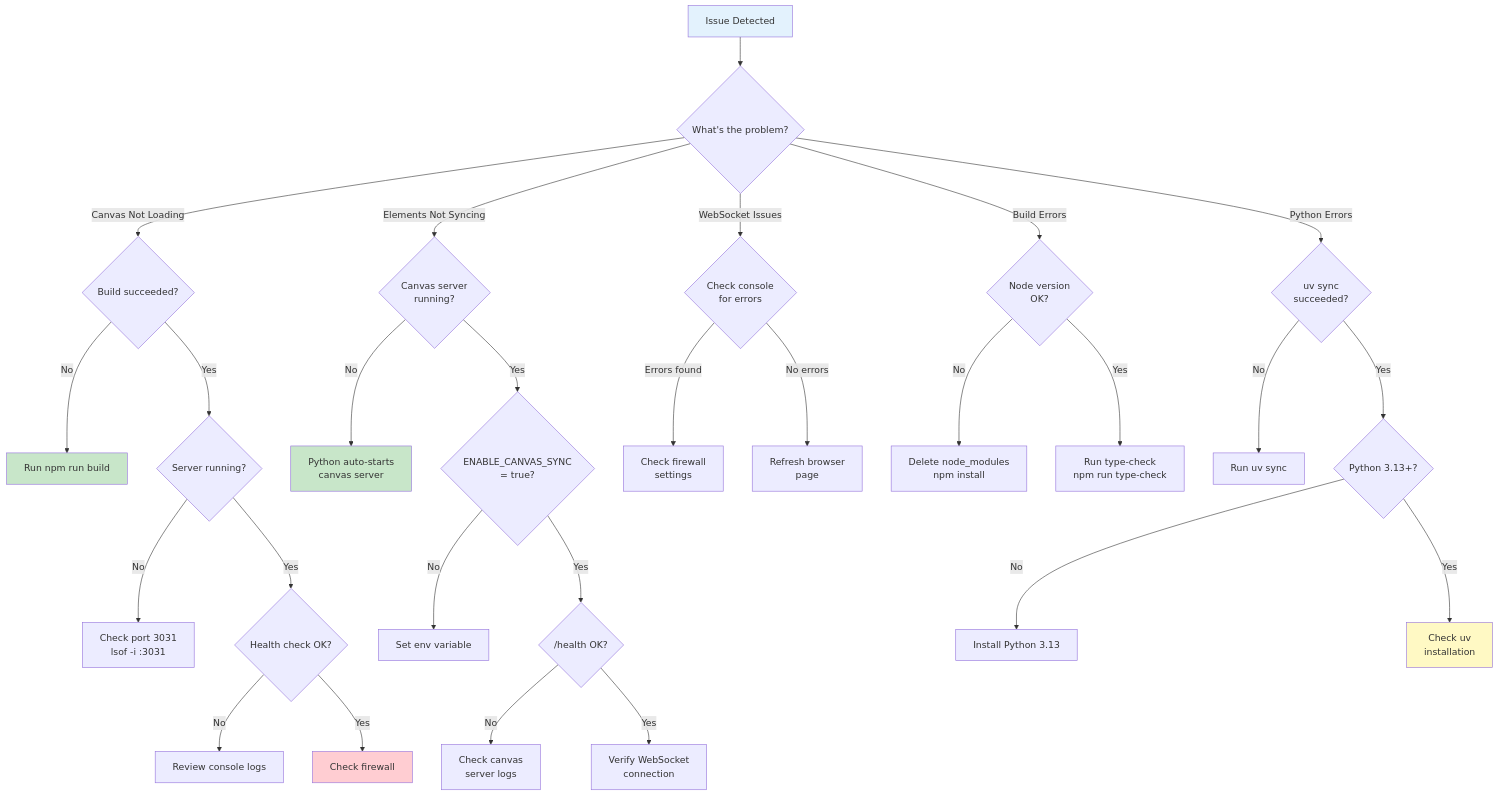
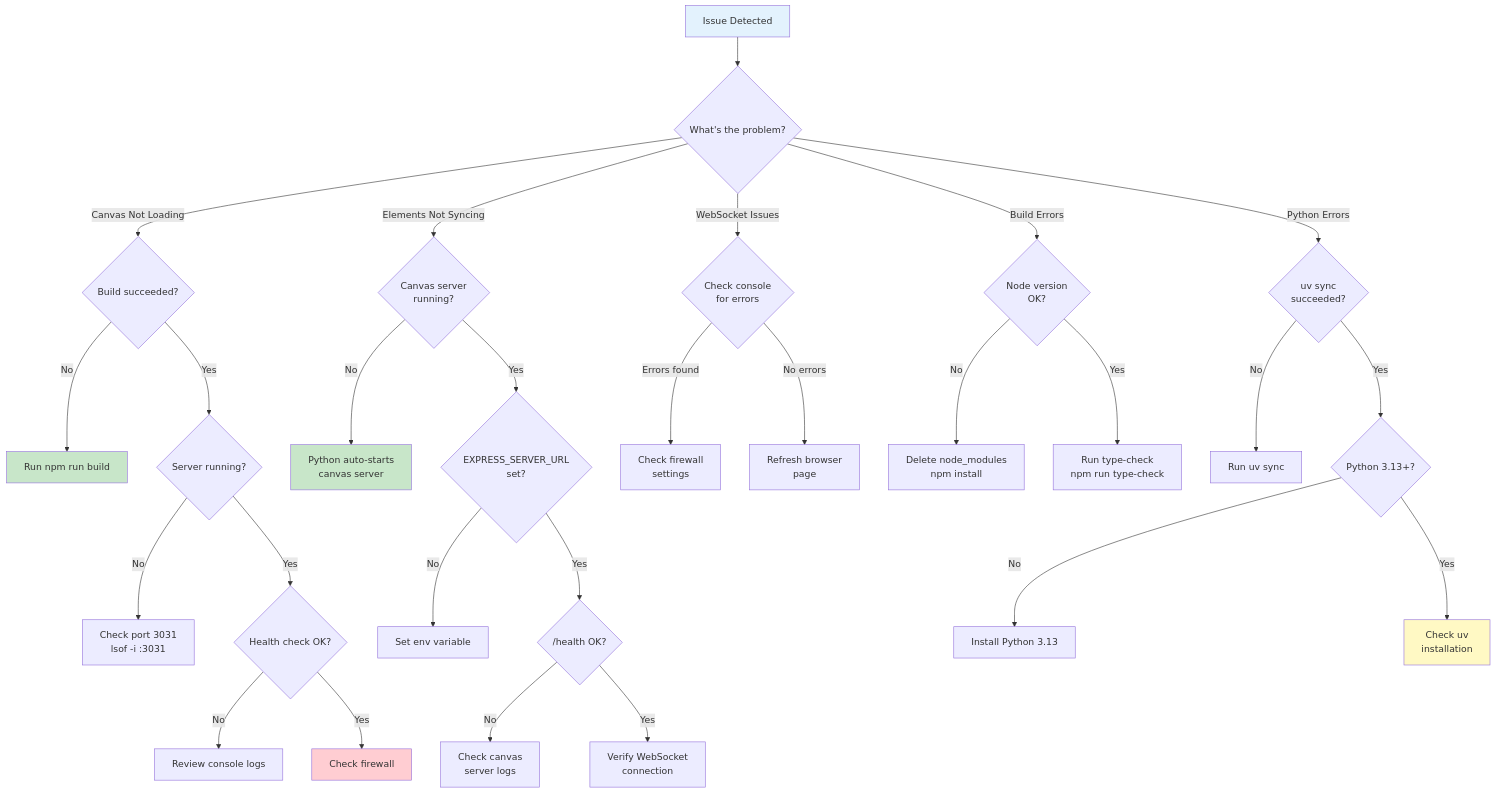
Before and after one commit to lesleslie/excalidraw-mcp: the second of 2 diagrams in README.md, drawn with Mermaid. The commit also changed other lines of this file and 3 other files, not shown here.

````diff
--- a/README.md
+++ b/README.md
@@ -456,46 +496,46 @@
 ```mermaid
 flowchart TD
     Start[Issue Detected] --> IssueType{What's the problem?}
 
     IssueType -->|Canvas Not Loading| CanvasCheck{Build succeeded?}
     IssueType -->|Elements Not Syncing| SyncCheck{Canvas server<br/>running?}
     IssueType -->|WebSocket Issues| WSVerify{Check console<br/>for errors}
     IssueType -->|Build Errors| BuildClean{Node version<br/>OK?}
     IssueType -->|Python Errors| DepCheck{uv sync<br/>succeeded?}
 
     CanvasCheck -->|No| A1[Run npm run build]
     CanvasCheck -->|Yes| A2{Server running?}
 
     A2 -->|No| A3[Check port 3031<br/>lsof -i :3031]
     A2 -->|Yes| A4{Health check OK?}
 
     A4 -->|No| A5[Review console logs]
     A4 -->|Yes| A6[Check firewall]
 
     SyncCheck -->|No| B1[Python auto-starts<br/>canvas server]
-    SyncCheck -->|Yes| B2{ENABLE_CANVAS_SYNC<br/>= true?}
+    SyncCheck -->|Yes| B2{EXPRESS_SERVER_URL<br/>set?}
 
     B2 -->|No| B3[Set env variable]
     B2 -->|Yes| B4{/health OK?}
 
     B4 -->|No| B5[Check canvas<br/>server logs]
     B4 -->|Yes| B6[Verify WebSocket<br/>connection]
 
     WSVerify -->|Errors found| C1[Check firewall<br/>settings]
     WSVerify -->|No errors| C2[Refresh browser<br/>page]
 
     BuildClean -->|No| D1[Delete node_modules<br/>npm install]
     BuildClean -->|Yes| D2[Run type-check<br/>npm run type-check]
 
     DepCheck -->|No| E1[Run uv sync]
     DepCheck -->|Yes| E2{Python 3.13+?}
 
     E2 -->|No| E3[Install Python 3.13]
     E2 -->|Yes| E4[Check uv<br/>installation]
 
     style Start fill:#e3f2fd
     style A1 fill:#c8e6c9
     style A6 fill:#ffcdd2
     style B1 fill:#c8e6c9
     style E4 fill:#fff9c4
 ```
````
